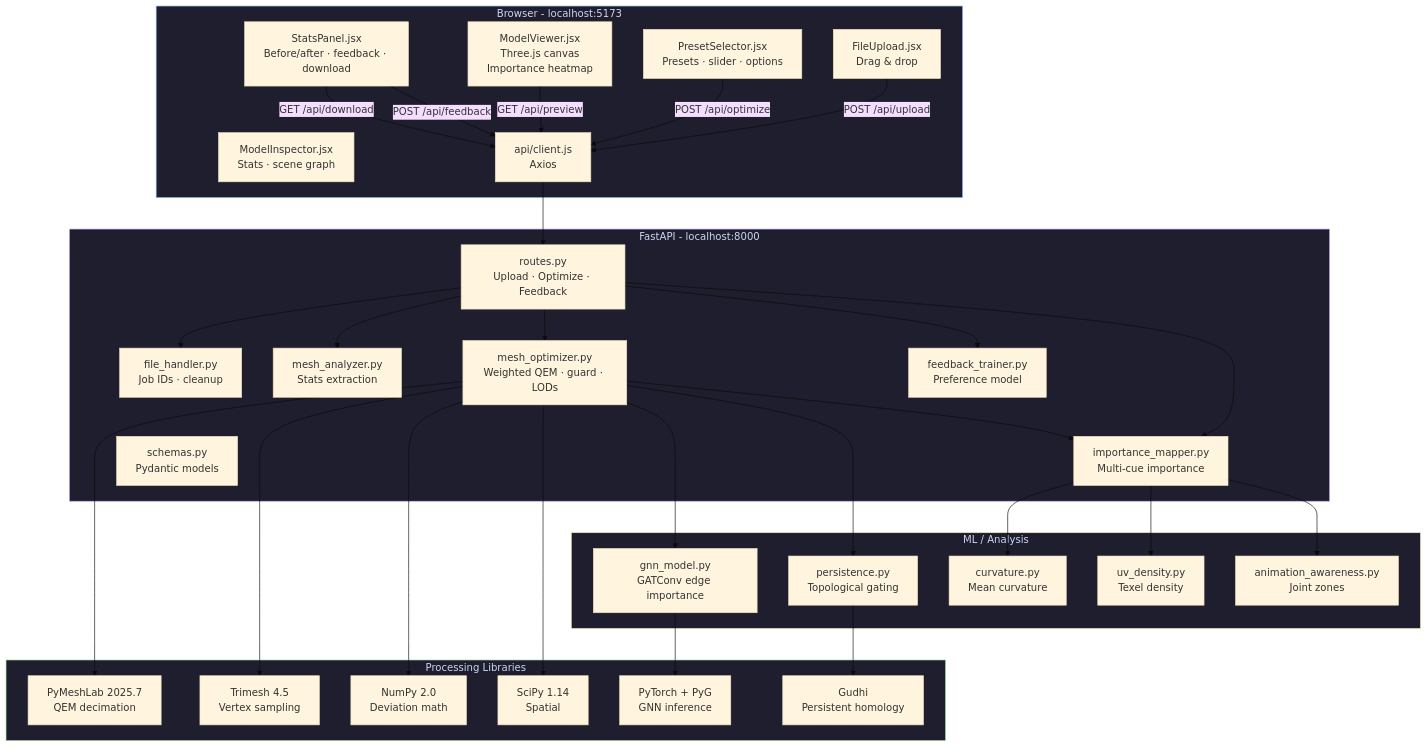
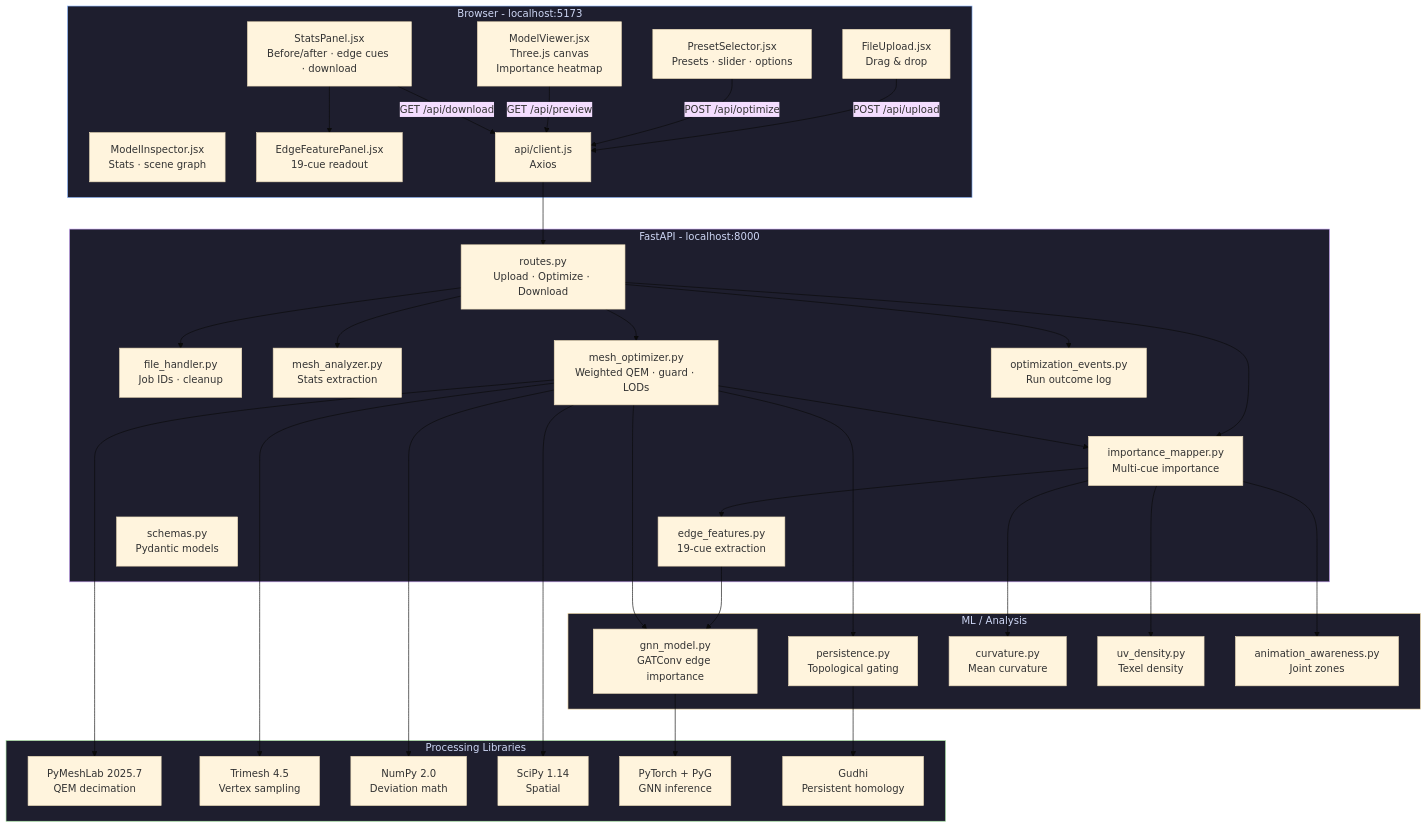
The second of 4 diagrams in README.md (anish-9387/Crunch3D), drawn with Mermaid (base theme) before and after one commit. The commit also changed other lines of this file and 32 other files, not shown here.

Commit message:
feat: implemented various edge case features

````diff
--- a/README.md
+++ b/README.md
@@ -142,63 +169,67 @@
 ```mermaid
 graph TB
     subgraph Browser["Browser - localhost:5173"]
         FU[FileUpload.jsx\nDrag & drop]
         MV[ModelViewer.jsx\nThree.js canvas\nImportance heatmap]
         MI[ModelInspector.jsx\nStats · scene graph]
         PS[PresetSelector.jsx\nPresets · slider · options]
-        SP[StatsPanel.jsx\nBefore/after · feedback · download]
+        SP[StatsPanel.jsx\nBefore/after · edge cues · download]
+        EF[EdgeFeaturePanel.jsx\n19-cue readout]
         API[api/client.js\nAxios]
     end
 
     subgraph Backend["FastAPI - localhost:8000"]
-        R[routes.py\nUpload · Optimize · Feedback]
+        R[routes.py\nUpload · Optimize · Download]
         FH[file_handler.py\nJob IDs · cleanup]
         MA[mesh_analyzer.py\nStats extraction]
         MO[mesh_optimizer.py\nWeighted QEM · guard · LODs]
-        FT[feedback_trainer.py\nPreference model]
+        OE[optimization_events.py\nRun outcome log]
+        EFX[edge_features.py\n19-cue extraction]
         IM[importance_mapper.py\nMulti-cue importance]
         SCH[schemas.py\nPydantic models]
     end
 
     subgraph ML["ML / Analysis"]
         GNN[gnn_model.py\nGATConv edge importance]
         PERS[persistence.py\nTopological gating]
         CURV[curvature.py\nMean curvature]
         UV[uv_density.py\nTexel density]
         ANIM[animation_awareness.py\nJoint zones]
     end
 
     subgraph Libs["Processing Libraries"]
         PML[PyMeshLab 2025.7\nQEM decimation]
         TM[Trimesh 4.5\nVertex sampling]
         NP[NumPy 2.0\nDeviation math]
         SC[SciPy 1.14\nSpatial]
         TCH[PyTorch + PyG\nGNN inference]
         GUD[Gudhi\nPersistent homology]
     end
 
     FU -->|POST /api/upload| API
     PS -->|POST /api/optimize| API
     MV -->|GET /api/preview| API
-    SP -->|POST /api/feedback| API
     SP -->|GET /api/download| API
+    SP --> EF
 
     API --> R
     R --> FH
     R --> MA
     R --> MO
-    R --> FT
+    R --> OE
     R --> IM
     MO --> PML & TM & NP & SC
     MO --> IM
     IM --> CURV & UV & ANIM
+    IM --> EFX
+    EFX --> GNN
     MO --> GNN
     MO --> PERS
     GNN --> TCH
     PERS --> GUD
 
     style Browser fill:#1e1e2e,color:#cdd6f4,stroke:#89b4fa
     style Backend fill:#1e1e2e,color:#cdd6f4,stroke:#cba6f7
     style ML fill:#1e1e2e,color:#cdd6f4,stroke:#f9e2af
     style Libs fill:#1e1e2e,color:#cdd6f4,stroke:#a6e3a1
 ```
````
